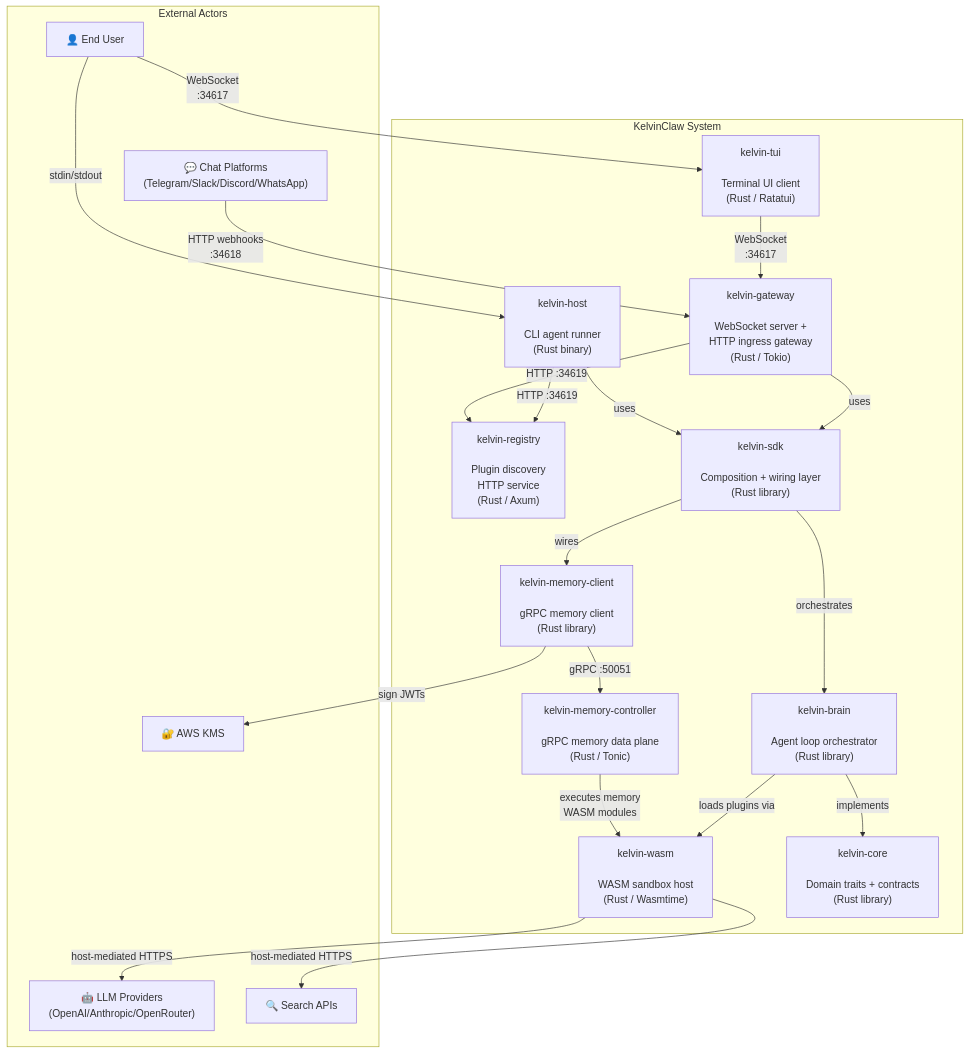
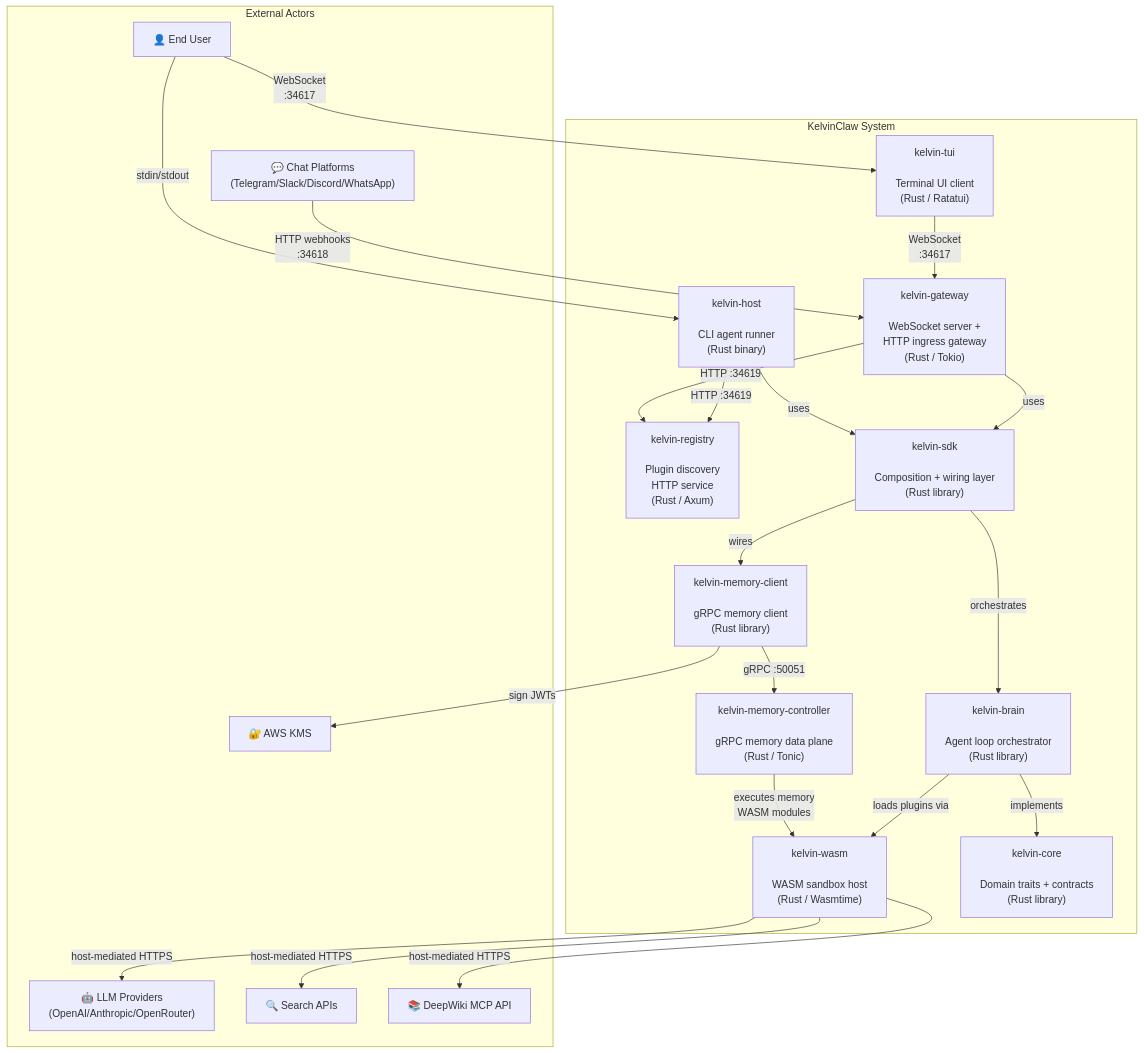
The first of 2 diagrams in docs/architecture/c4-level2-container.md (AgenticHighway/kelvinclaw), drawn with Mermaid before and after one commit. The commit also changed other lines of this file and 3 other files, not shown here.

Commit message:
feat(docs): enhance architecture diagrams with DeepWiki API and ToolPack details

````diff
--- a/docs/architecture/c4-level2-container.md
+++ b/docs/architecture/c4-level2-container.md
@@ -7,44 +7,46 @@
 ```mermaid
 flowchart TD
     subgraph External["External Actors"]
         User["👤 End User"]
         Bots["💬 Chat Platforms\n(Telegram/Slack/Discord/WhatsApp)"]
         LLMs["🤖 LLM Providers\n(OpenAI/Anthropic/OpenRouter)"]
         Search["🔍 Search APIs"]
+        DeepWiki["📚 DeepWiki MCP API"]
         KMS["🔐 AWS KMS"]
     end
 
     subgraph KelvinClaw["KelvinClaw System"]
         Gateway["kelvin-gateway\n\nWebSocket server +\nHTTP ingress gateway\n(Rust / Tokio)"]
         Host["kelvin-host\n\nCLI agent runner\n(Rust binary)"]
         TUI["kelvin-tui\n\nTerminal UI client\n(Rust / Ratatui)"]
         Registry["kelvin-registry\n\nPlugin discovery\nHTTP service\n(Rust / Axum)"]
         MemCtrl["kelvin-memory-controller\n\ngRPC memory data plane\n(Rust / Tonic)"]
 
         SDK["kelvin-sdk\n\nComposition + wiring layer\n(Rust library)"]
         Brain["kelvin-brain\n\nAgent loop orchestrator\n(Rust library)"]
         WASM["kelvin-wasm\n\nWASM sandbox host\n(Rust / Wasmtime)"]
         Core["kelvin-core\n\nDomain traits + contracts\n(Rust library)"]
         MemClient["kelvin-memory-client\n\ngRPC memory client\n(Rust library)"]
     end
 
     User -->|"stdin/stdout"| Host
     User -->|"WebSocket\n:34617"| TUI
     TUI -->|"WebSocket\n:34617"| Gateway
     Bots -->|"HTTP webhooks\n:34618"| Gateway
 
     Gateway -->|uses| SDK
     Host -->|uses| SDK
     SDK -->|orchestrates| Brain
     SDK -->|wires| MemClient
     Brain -->|loads plugins via| WASM
     Brain -->|implements| Core
     WASM -->|host-mediated HTTPS| LLMs
     WASM -->|host-mediated HTTPS| Search
+    WASM -->|host-mediated HTTPS| DeepWiki
     MemClient -->|"gRPC :50051"| MemCtrl
     MemClient -->|"sign JWTs"| KMS
     MemCtrl -->|"executes memory\nWASM modules"| WASM
 
     Host -->|"HTTP :34619"| Registry
     Gateway -->|"HTTP :34619"| Registry
 ```
````
